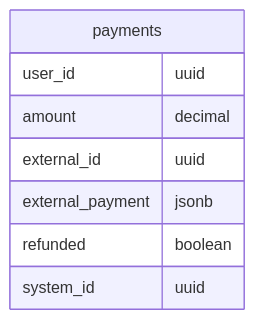
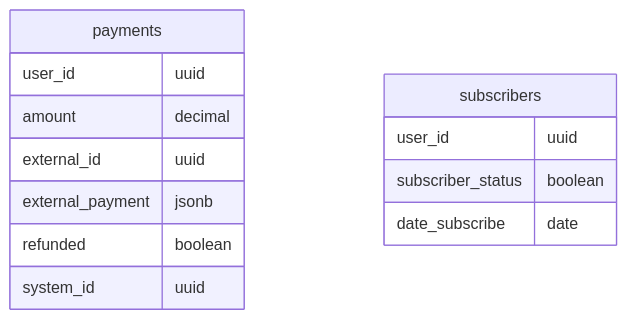
One commit to aigt/graduate_work changed the third of 3 diagrams in documentation/Statement.md. Above: the diagram before and after it, drawn with Mermaid. The commit also changed 1 other file, not shown here.

Commit message:
Добавлена таблица подписчиков

````diff
--- a/documentation/Statement.md
+++ b/documentation/Statement.md
@@ -127,13 +127,19 @@
 ```mermaid
 erDiagram
 
     payments {
         user_id uuid
         amount decimal
         external_id uuid
         external_payment jsonb
         refunded boolean
         system_id uuid
     }
+    
+    subscribers {
+        user_id uuid
+        subscriber_status boolean
+        date_subscribe date
+    }
 
 ```
````
